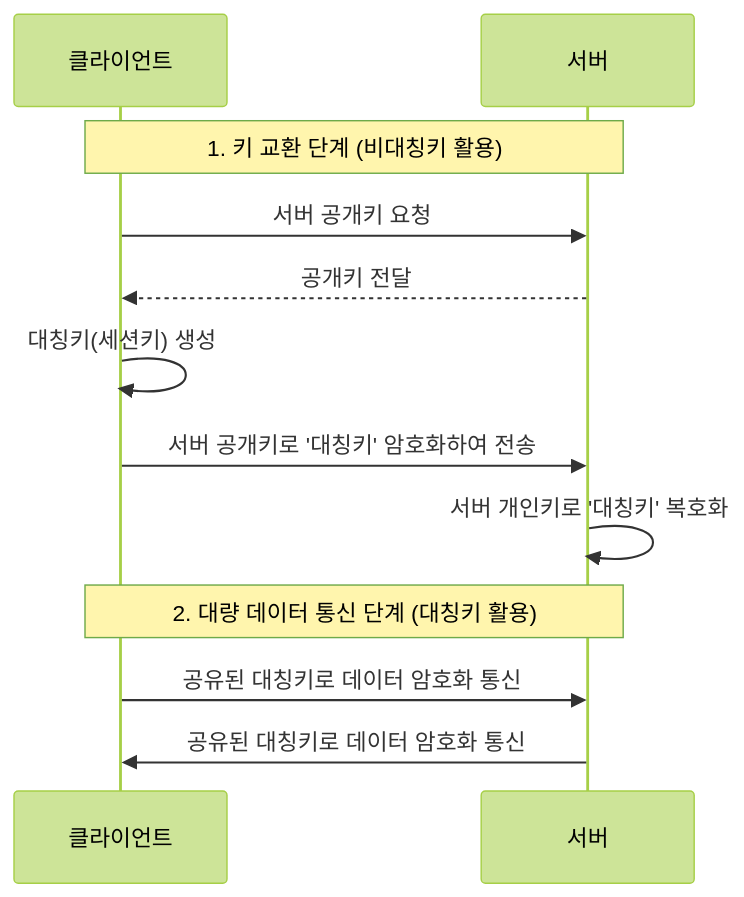
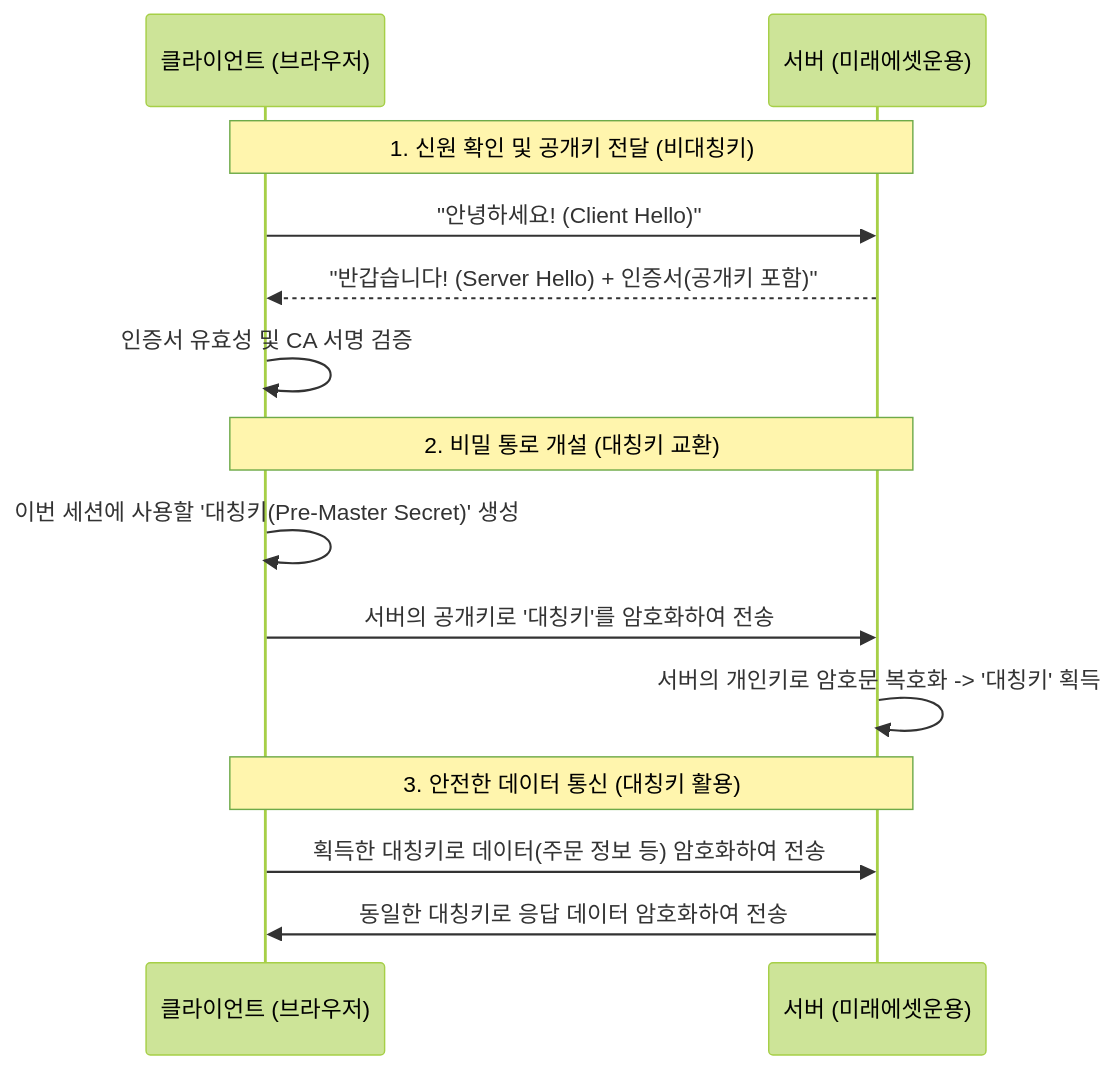
Before and after one commit to muzzaiwork/interview: the third of 4 diagrams in 미래에셋자산운용/06_technical_agenda/13_cryptography_essentials.md, drawn with Mermaid (forest theme). The commit also changed other lines of this file, not shown here.

Commit message:
docs: 암호화 시퀀스 다이어그램 및 실무 활용 예시 보강

````diff
--- a/미래에셋자산운용/06_technical_agenda/13_cryptography_essentials.md
+++ b/미래에셋자산운용/06_technical_agenda/13_cryptography_essentials.md
@@ -76,14 +74,19 @@
 ```mermaid
 sequenceDiagram
-    participant C as 클라이언트
-    participant S as 서버
-    Note over C,S: 1. 키 교환 단계 (비대칭키 활용)
-    C->>S: 서버 공개키 요청
-    S-->>C: 공개키 전달
-    C->>C: 대칭키(세션키) 생성
-    C->>S: 서버 공개키로 '대칭키' 암호화하여 전송
-    S->>S: 서버 개인키로 '대칭키' 복호화
-    Note over C,S: 2. 대량 데이터 통신 단계 (대칭키 활용)
-    C->>S: 공유된 대칭키로 데이터 암호화 통신
-    S->>C: 공유된 대칭키로 데이터 암호화 통신
+    participant C as 클라이언트 (브라우저)
+    participant S as 서버 (미래에셋운용)
+    
+    Note over C,S: 1. 신원 확인 및 공개키 전달 (비대칭키)
+    C->>S: "안녕하세요! (Client Hello)"
+    S-->>C: "반갑습니다! (Server Hello) + 인증서(공개키 포함)"
+    C->>C: 인증서 유효성 및 CA 서명 검증
+    
+    Note over C,S: 2. 비밀 통로 개설 (대칭키 교환)
+    C->>C: 이번 세션에 사용할 '대칭키(Pre-Master Secret)' 생성
+    C->>S: 서버의 공개키로 '대칭키'를 암호화하여 전송
+    S->>S: 서버의 개인키로 암호문 복호화 -> '대칭키' 획득
+    
+    Note over C,S: 3. 안전한 데이터 통신 (대칭키 활용)
+    C->>S: 획득한 대칭키로 데이터(주문 정보 등) 암호화하여 전송
+    S->>C: 동일한 대칭키로 응답 데이터 암호화하여 전송
 ```
````
